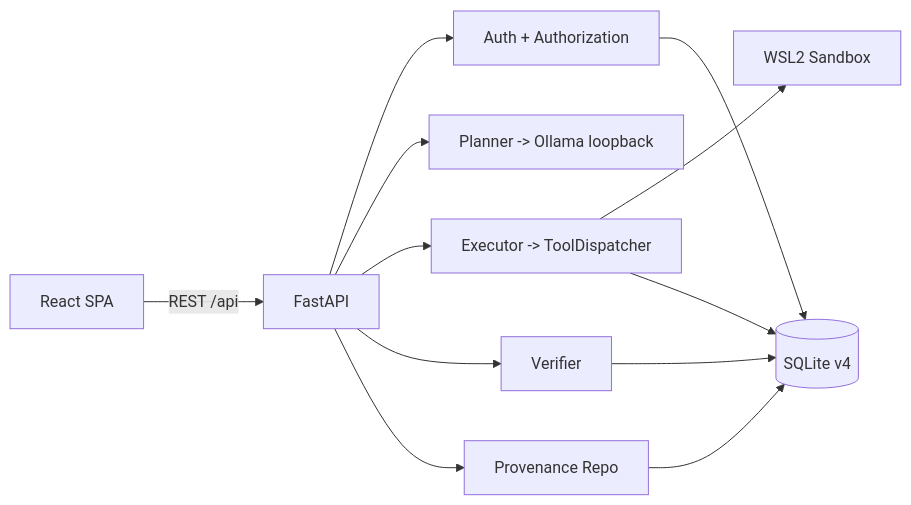
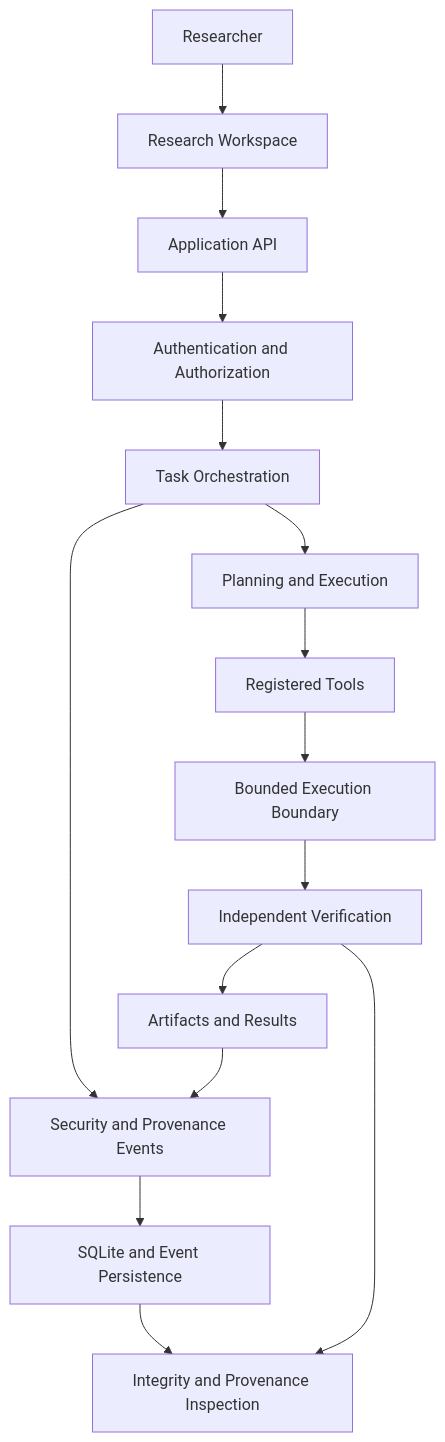
The diagram in README.md (n0tify/ATLAS-X), drawn with Mermaid before and after one commit. The commit also changed other lines of this file, not shown here.

````diff
--- a/README.md
+++ b/README.md
@@ -47,14 +121,17 @@
 ```mermaid
-flowchart LR
-  FE[React SPA] -->|REST /api| API[FastAPI]
-  API --> AUTH[Auth + Authorization]
-  API --> PLANNER[Planner -> Ollama loopback]
-  API --> EXEC[Executor -> ToolDispatcher]
-  EXEC --> SBX[WSL2 Sandbox]
-  API --> VER[Verifier]
-  API --> PROV[Provenance Repo]
-  AUTH --> DB[(SQLite v4)]
-  EXEC --> DB
-  VER --> DB
-  PROV --> DB
+flowchart TD
+    U[Researcher] --> UI[Research Workspace]
+    UI --> API[Application API]
+    API --> AUTH[Authentication and Authorization]
+    AUTH --> TASK[Task Orchestration]
+    TASK --> PLAN[Planning and Execution]
+    PLAN --> TOOLS[Registered Tools]
+    TOOLS --> SANDBOX[Bounded Execution Boundary]
+    SANDBOX --> VERIFY[Independent Verification]
+    VERIFY --> ART[Artifacts and Results]
+    TASK --> EVENTS[Security and Provenance Events]
+    ART --> EVENTS
+    EVENTS --> STORE[SQLite and Event Persistence]
+    STORE --> AUDIT[Integrity and Provenance Inspection]
+    VERIFY --> AUDIT
 ```
````
